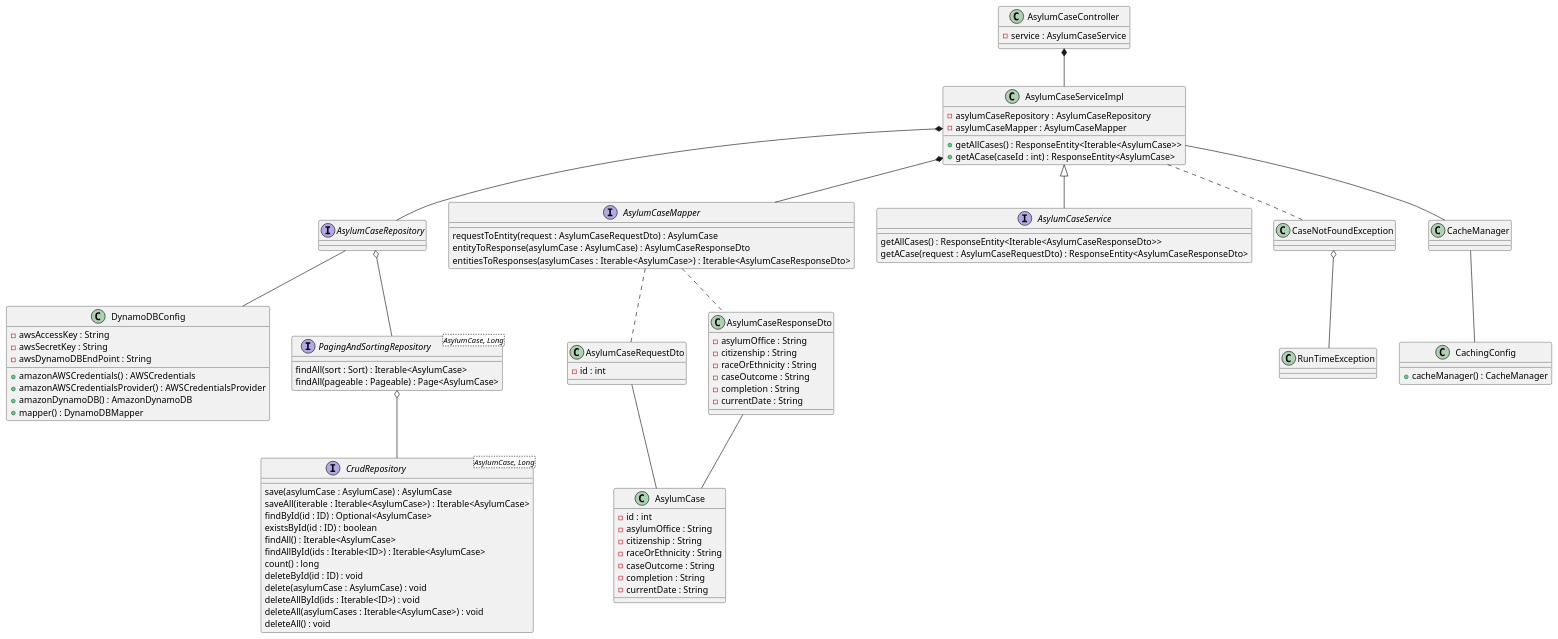
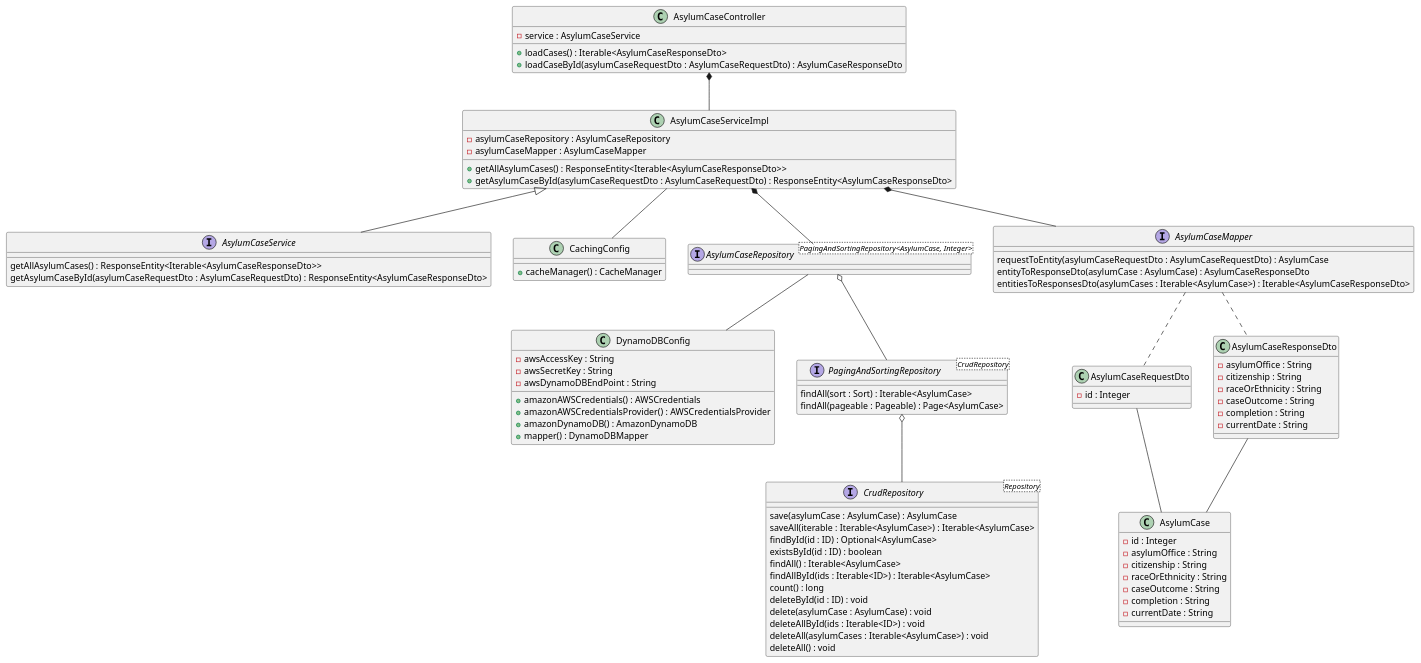
One commit to BloomTech-Labs/asylum-rg-be-a changed the diagram in RELEASE_1_CD.puml. Above: the diagram before and after it, drawn with PlantUML.

Commit message:
Class diagram update

```diff
--- a/RELEASE_1_CD.puml
+++ b/RELEASE_1_CD.puml
@@ -1,134 +1,120 @@
 @startuml
 
 'End point mappings
 class AsylumCaseController {
     - service : AsylumCaseService
+    + loadCases() : Iterable<AsylumCaseResponseDto>
+    + loadCaseById(asylumCaseRequestDto : AsylumCaseRequestDto) : AsylumCaseResponseDto
+}
 
+
+'Add cache config Annotations in service
+interface AsylumCaseService {
+    getAllAsylumCases() : ResponseEntity<Iterable<AsylumCaseResponseDto>>
+    getAsylumCaseById(asylumCaseRequestDto : AsylumCaseRequestDto) : ResponseEntity<AsylumCaseResponseDto>
+}
+
+class AsylumCaseServiceImpl {
+    - asylumCaseRepository : AsylumCaseRepository
+    - asylumCaseMapper : AsylumCaseMapper
+    + getAllAsylumCases() : ResponseEntity<Iterable<AsylumCaseResponseDto>>
+    + getAsylumCaseById(asylumCaseRequestDto : AsylumCaseRequestDto) : ResponseEntity<AsylumCaseResponseDto>
 }
 
 'Config for DynamoDB
 class DynamoDBConfig {
     - awsAccessKey : String
     - awsSecretKey : String
     - awsDynamoDBEndPoint : String
     + amazonAWSCredentials() : AWSCredentials
     + amazonAWSCredentialsProvider() : AWSCredentialsProvider
     + amazonDynamoDB() : AmazonDynamoDB
     + mapper() : DynamoDBMapper
 }
 
 'Config to enable caching
 class CachingConfig {
     + cacheManager() : CacheManager
 }
 
 'repo for DynamoDB calls
-interface AsylumCaseRepository {
-}
+interface AsylumCaseRepository <PagingAndSortingRepository<AsylumCase, Integer>>
 
 'Entity for data model
 class AsylumCase {
-    - id : int
+    - id : Integer
     - asylumOffice : String
     - citizenship : String
     - raceOrEthnicity : String
     - caseOutcome : String
     - completion : String
     - currentDate : String
 }
 
 class AsylumCaseRequestDto {
-    - id : int
+    - id : Integer
 }
 
 class AsylumCaseResponseDto {
     - asylumOffice : String
     - citizenship : String
     - raceOrEthnicity : String
     - caseOutcome : String
     - completion : String
     - currentDate : String
 }
 
 ' Part of the  MapStruct dependency
 interface AsylumCaseMapper {
-    requestToEntity(request : AsylumCaseRequestDto) : AsylumCase
-    entityToResponse(asylumCase : AsylumCase) : AsylumCaseResponseDto
-    entitiesToResponses(asylumCases : Iterable<AsylumCase>) : Iterable<AsylumCaseResponseDto>
+    requestToEntity(asylumCaseRequestDto : AsylumCaseRequestDto) : AsylumCase
+    entityToResponseDto(asylumCase : AsylumCase) : AsylumCaseResponseDto
+    entitiesToResponsesDto(asylumCases : Iterable<AsylumCase>) : Iterable<AsylumCaseResponseDto>
 }
 
-'Add cache config Annotations in service
-interface AsylumCaseService {
-    getAllCases() : ResponseEntity<Iterable<AsylumCaseResponseDto>>
-    getACase(request : AsylumCaseRequestDto) : ResponseEntity<AsylumCaseResponseDto>
-}
-
-class AsylumCaseServiceImpl {
-    - asylumCaseRepository : AsylumCaseRepository
-    - asylumCaseMapper : AsylumCaseMapper
-    + getAllCases() : ResponseEntity<Iterable<AsylumCase>>
-    + getACase(caseId : int) : ResponseEntity<AsylumCase>
-}
-
-class CaseNotFoundException
-
-
-'Generated classes
-class CacheManager
-
 'Not owned classes & interfaces
-interface PagingAndSortingRepository<AsylumCase, Long> {
+interface PagingAndSortingRepository <CrudRepository> {
     findAll(sort : Sort) : Iterable<AsylumCase>
     findAll(pageable : Pageable) : Page<AsylumCase>
 }
 
-interface CrudRepository <AsylumCase, Long> {
+interface CrudRepository <Repository> {
     save(asylumCase : AsylumCase) : AsylumCase
     saveAll(iterable : Iterable<AsylumCase>) : Iterable<AsylumCase>
     findById(id : ID) : Optional<AsylumCase>
     existsById(id : ID) : boolean
     findAll() : Iterable<AsylumCase>
     findAllById(ids : Iterable<ID>) : Iterable<AsylumCase>
     count() : long
     deleteById(id : ID) : void
     delete(asylumCase : AsylumCase) : void
     deleteAllById(ids : Iterable<ID>) : void
     deleteAll(asylumCases : Iterable<AsylumCase>) : void
     deleteAll() : void
 }
 
-class RunTimeException
-
 AsylumCaseController *-- AsylumCaseServiceImpl
 
 AsylumCaseServiceImpl <|-- AsylumCaseService
 AsylumCaseServiceImpl *-- AsylumCaseRepository
 AsylumCaseServiceImpl *-- AsylumCaseMapper
-AsylumCaseServiceImpl -- CacheManager
-AsylumCaseServiceImpl .. CaseNotFoundException
+AsylumCaseServiceImpl -- CachingConfig
 
 
 AsylumCaseMapper .. AsylumCaseRequestDto
 AsylumCaseMapper .. AsylumCaseResponseDto
 
 AsylumCaseRequestDto -- AsylumCase
 
 AsylumCaseResponseDto -- AsylumCase
 
 AsylumCaseRepository  o-- PagingAndSortingRepository
 AsylumCaseRepository -- DynamoDBConfig
 
 PagingAndSortingRepository  o-- CrudRepository
 
-CacheManager -- CachingConfig
-
-CaseNotFoundException o-- RunTimeException
-
-
-
 'Extension/
 'Association <|-- (owner <|-- pet) Implements
 'Composition *-- (pet *-- leg) Instantiation (part of)
 'Aggregation (car o-- wheel) Extends (has a)
 
 @enduml
```
